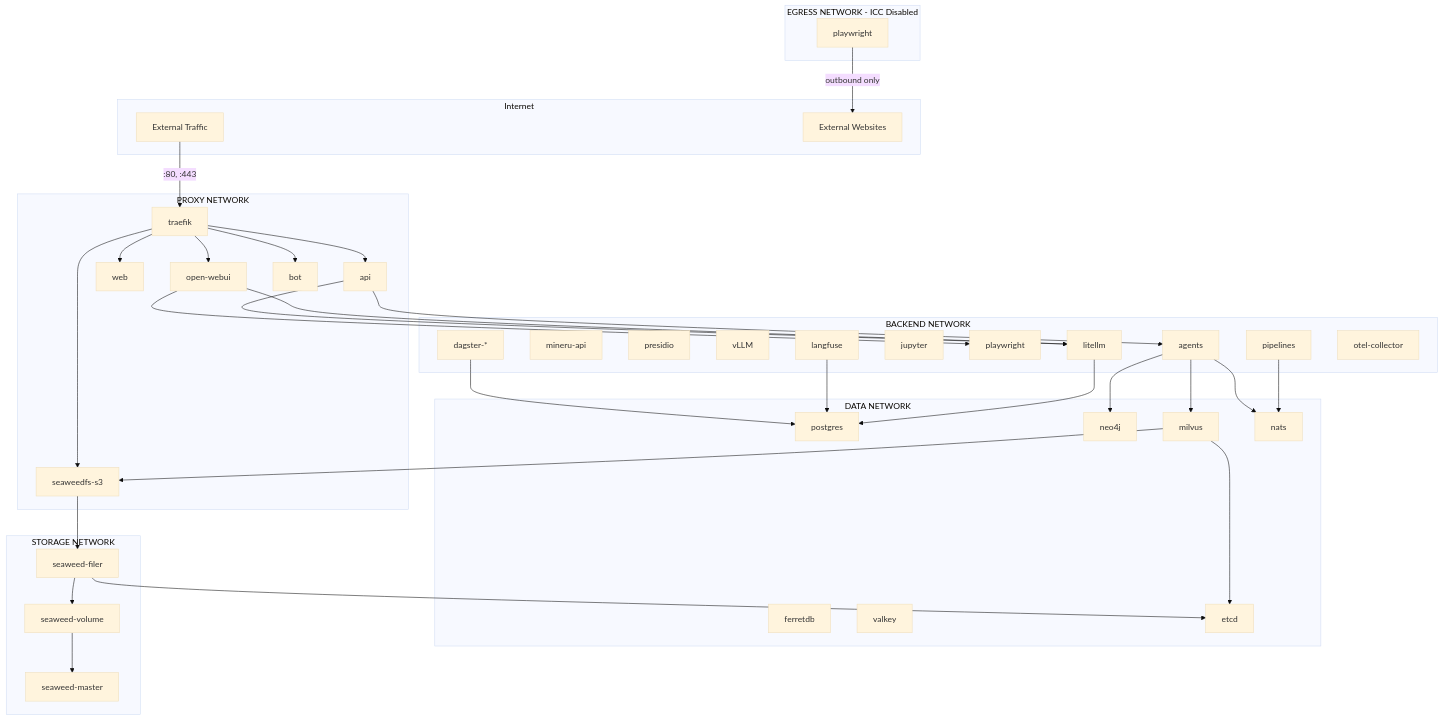
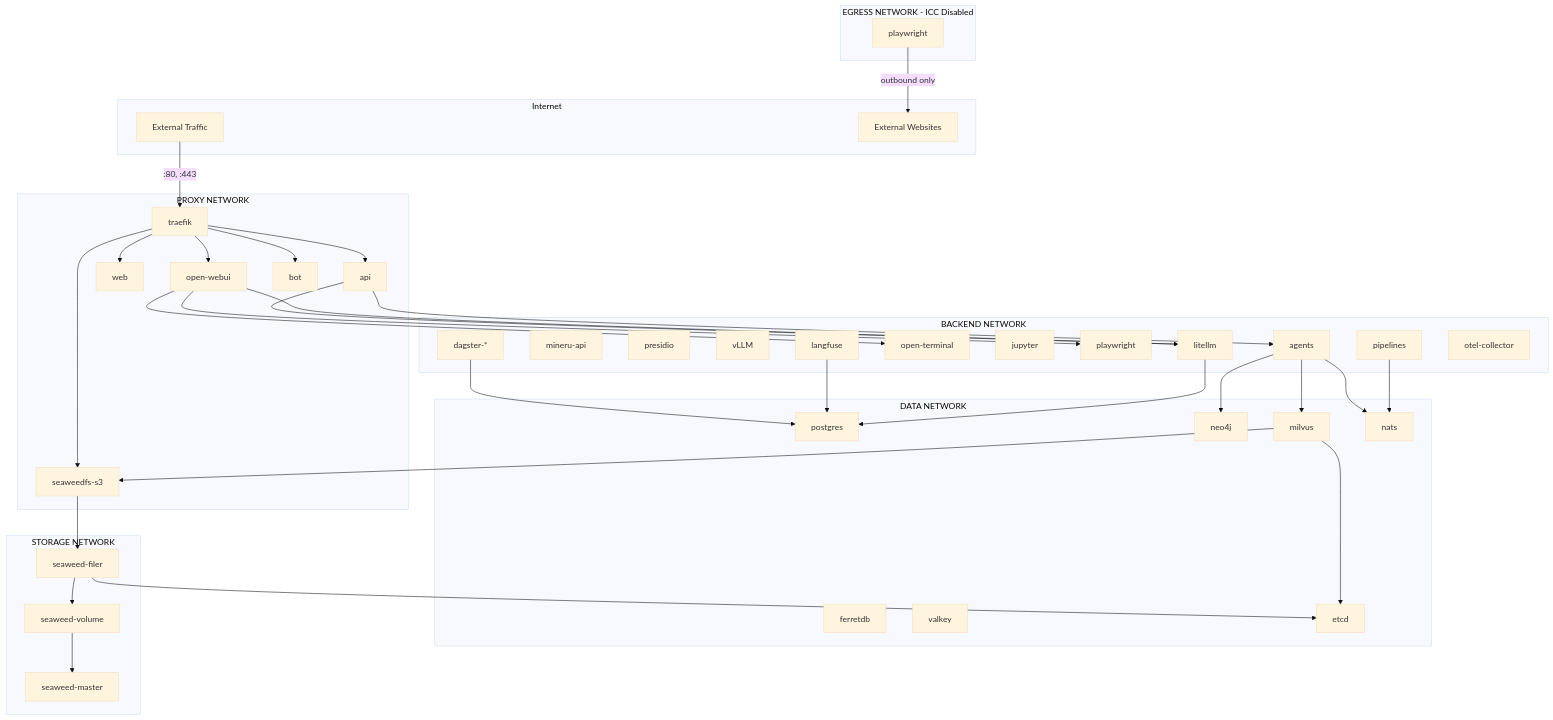
Before and after one commit to bbvch-ai/aihub-core: the diagram in docs/docs/2_platform/2_architecture/4_network_isolation/index.en.md, drawn with Mermaid (base theme). The commit also changed other lines of this file and 13 other files, not shown here.

First line of the commit message:
doc(deploy): Document OpenWebUI code-execution migration to Open Terminal

````diff
--- a/docs/docs/2_platform/2_architecture/4_network_isolation/index.en.md
+++ b/docs/docs/2_platform/2_architecture/4_network_isolation/index.en.md
@@ -96,78 +98,80 @@
 ```mermaid
 flowchart TB
     subgraph Internet
         ext[External Traffic]
         websites[External Websites]
     end
 
     subgraph proxy[PROXY NETWORK]
         traefik[traefik]
         api[api]
         web[web]
         openwebui[open-webui]
         bot[bot]
         s3proxy[seaweedfs-s3]
     end
 
     subgraph backend[BACKEND NETWORK]
         litellm[litellm]
         mineru-api[mineru-api]
         presidio[presidio]
         vllm[vLLM]
         agents[agents]
+        open-terminal[open-terminal]
         jupyter[jupyter]
         playwright[playwright]
         dagster[dagster-*]
         pipelines[pipelines]
         langfuse[langfuse]
         otel[otel-collector]
     end
 
     subgraph egress[EGRESS NETWORK - ICC Disabled]
         playwright_egress[playwright]
     end
 
     subgraph data[DATA NETWORK]
         postgres[postgres]
         ferretdb[ferretdb]
         neo4j[neo4j]
         milvus[milvus]
         valkey[valkey]
         nats[nats]
         etcd[etcd]
     end
 
     subgraph storage[STORAGE NETWORK]
         swmaster[seaweed-master]
         swvolume[seaweed-volume]
         swfiler[seaweed-filer]
     end
 
     ext -->|:80, :443| traefik
     traefik --> api
     traefik --> web
     traefik --> openwebui
     traefik --> bot
     traefik --> s3proxy
 
     api --> litellm
     api --> agents
     openwebui --> litellm
+    openwebui --> open-terminal
     openwebui --> playwright
     agents --> nats
     agents --> milvus
     agents --> neo4j
     pipelines --> nats
     dagster --> postgres
     langfuse --> postgres
     litellm --> postgres
 
     milvus --> etcd
     milvus --> s3proxy
     swfiler --> etcd
     s3proxy --> swfiler
     swfiler --> swvolume
     swvolume --> swmaster
 
     playwright_egress -->|outbound only| websites
 ```
````
